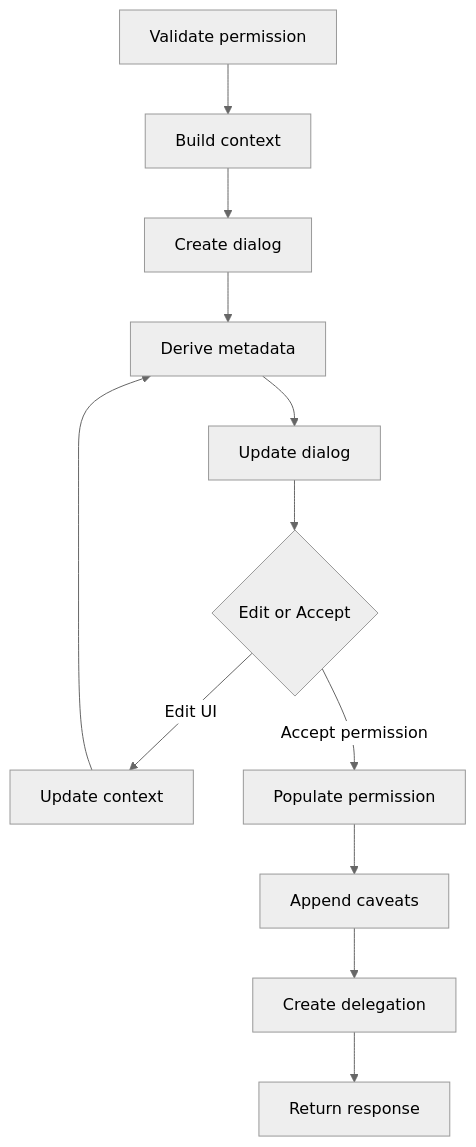
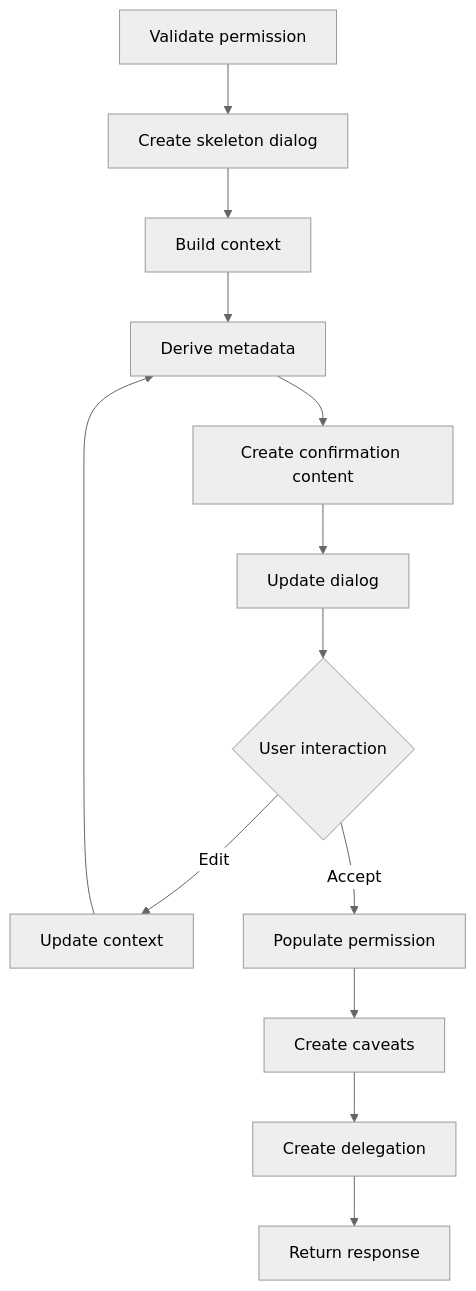
Before and after one commit to MetaMask/snap-7715-permissions: the second of 2 diagrams in packages/gator-permissions-snap/docs/architecture.md, drawn with Mermaid (neutral theme). The commit also changed other lines of this file, not shown here.

Commit message:
Update architecture doc to reflect updated architecture

````diff
--- a/packages/gator-permissions-snap/docs/architecture.md
+++ b/packages/gator-permissions-snap/docs/architecture.md
@@ -116,14 +176,15 @@
 ```mermaid
 flowchart TD
-    A[Validate permission] --> B[Build context]
-    B --> C[Create dialog]
+    A[Validate permission] --> B[Create skeleton dialog]
+    B --> C[Build context]
     C --> D[Derive metadata]
-    D --> E[Update dialog]
-    E --> F{Edit or Accept}
-    F -->|Edit UI| G[Update context]
-    G --> D
-    F -->|Accept permission| H[Populate permission]
-    H --> I[Append caveats]
-    I --> J[Create delegation]
-    J --> K[Return response]
+    D --> E[Create confirmation content]
+    E --> F[Update dialog]
+    F --> G{User interaction}
+    G -->|Edit| H[Update context]
+    H --> D
+    G -->|Accept| I[Populate permission]
+    I --> J[Create caveats]
+    J --> K[Create delegation]
+    K --> L[Return response]
 ```
````
